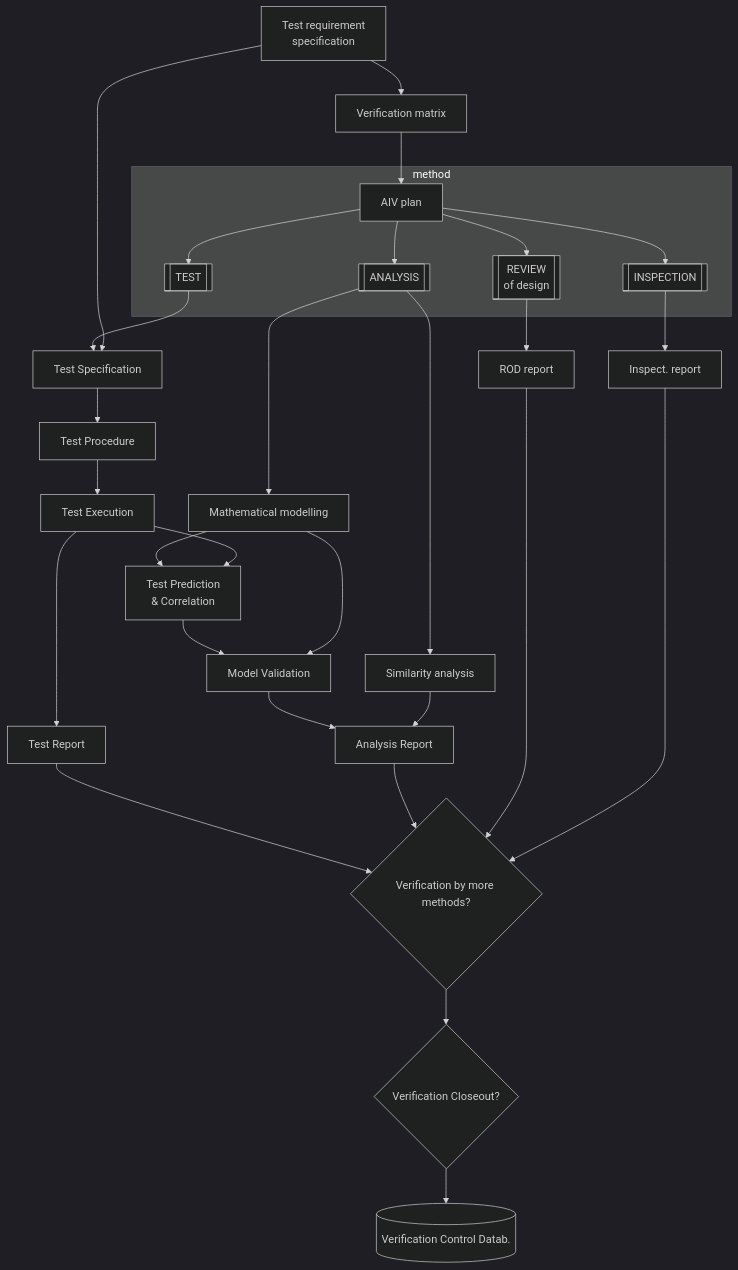
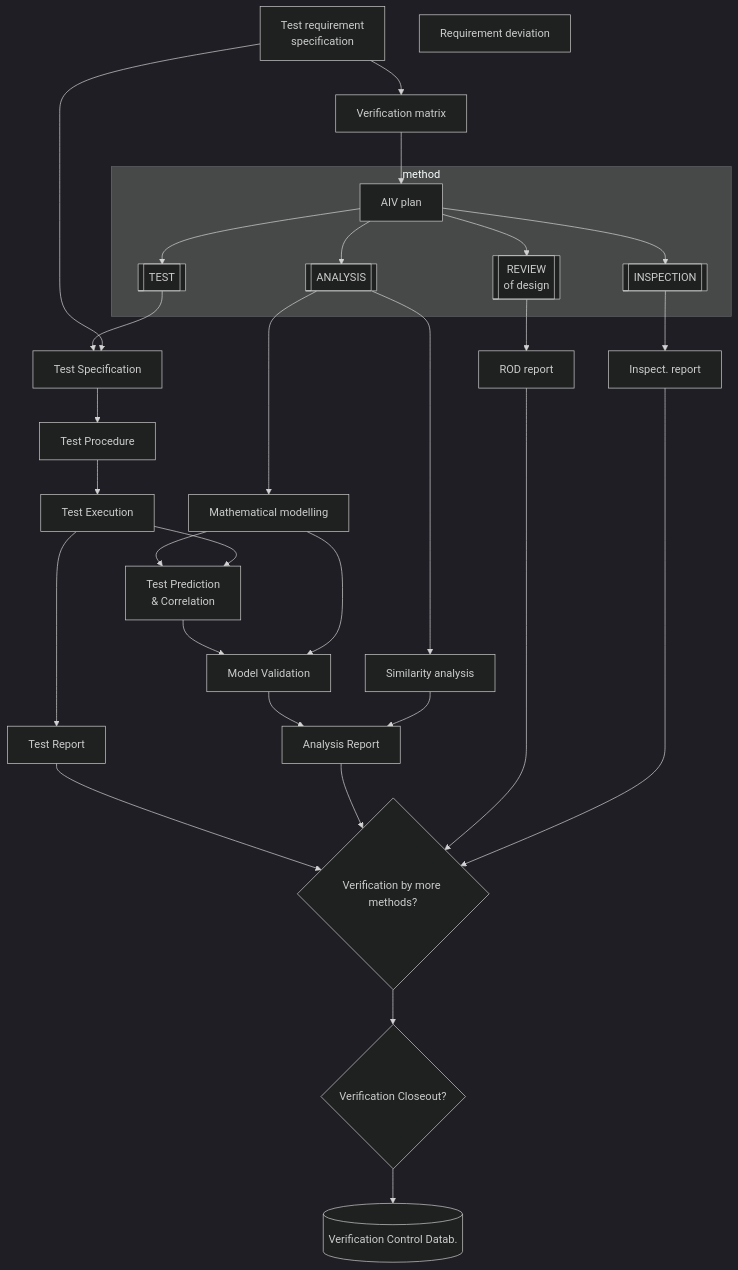
One commit to limu007/quvik changed the diagram in calib/Validation.md. Above: the diagram before and after it, drawn with Mermaid (dark theme).

````diff
--- a/calib/Validation.md
+++ b/calib/Validation.md
@@ -3,53 +3,55 @@
 ```mermaid
 flowchart TD
 
   TRS["`Test requirement
   specification`"]
   VM["Verification matrix"]
   VCD[(Verification Control Datab.)]
 
   AIV["AIV plan"]
 
     TEST[["TEST"]]
     INS[["INSPECTION"]]
     ANAL[["ANALYSIS"]]
     ROD[["`REVIEW
     of design`"]]
 
   TS["Test Specification"]
   TP["Test Procedure"]
   TE["Test Execution"]
   TPC["`Test Prediction
 & Correlation`"]
   TR["Test Report"]
 
   IR["Inspect. report"]
   MM["Mathematical modelling"]
   MV["Model Validation"]
   SM["Similarity analysis"]
   AR["Analysis Report"]
 
   RR["ROD report"]
 
+  RD["Requirement deviation"]
+
   meth{"Verification by more methods?"}
   close{"Verification Closeout?"}
 
 subgraph method
   AIV --> TEST
   AIV --> ANAL
   AIV --> ROD
   AIV --> INS
 end
   TEST --> TS --> TP --> TE --> TR --> meth
   TRS --> VM --> AIV
   TRS --> TS
   
   ANAL --> MM --> TPC --> MV --> AR
   ANAL --> SM --> AR --> meth
   ROD --> RR --> meth
   INS --> IR --> meth
   MM --> MV
   TE --> TPC
   meth --> close --> VCD
 
 ```
````
